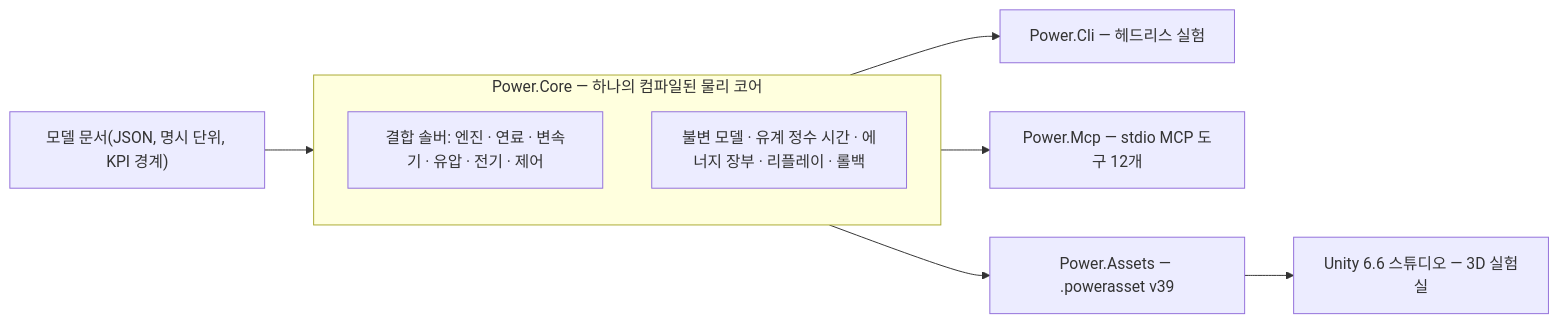
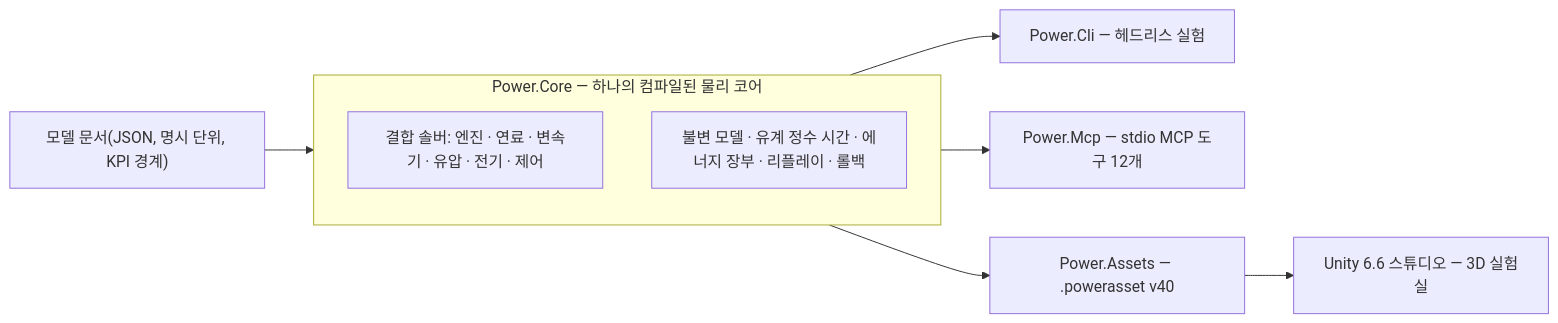
One commit to Water-Run/Power changed the diagram in README.ko.md. Above: the diagram before and after it, drawn with Mermaid. The commit also changed other lines of this file and 273 other files, not shown here.

````diff
--- a/README.ko.md
+++ b/README.ko.md
@@ -13,18 +13,18 @@
 ```mermaid
 flowchart LR
     model["모델 문서(JSON, 명시 단위, KPI 경계)"]
     subgraph core["Power.Core — 하나의 컴파일된 물리 코어"]
         solvers["결합 솔버: 엔진 · 연료 · 변속기 · 유압 · 전기 · 제어"]
         invariants["불변 모델 · 유계 정수 시간 · 에너지 장부 · 리플레이 · 롤백"]
     end
     cli["Power.Cli — 헤드리스 실험"]
     mcp["Power.Mcp — stdio MCP 도구 12개"]
-    assets["Power.Assets — .powerasset v39"]
+    assets["Power.Assets — .powerasset v40"]
     unity["Unity 6.6 스튜디오 — 3D 실험실"]
 
     model --> core
     core --> cli
     core --> mcp
     core --> assets
     assets --> unity
 ```
````
